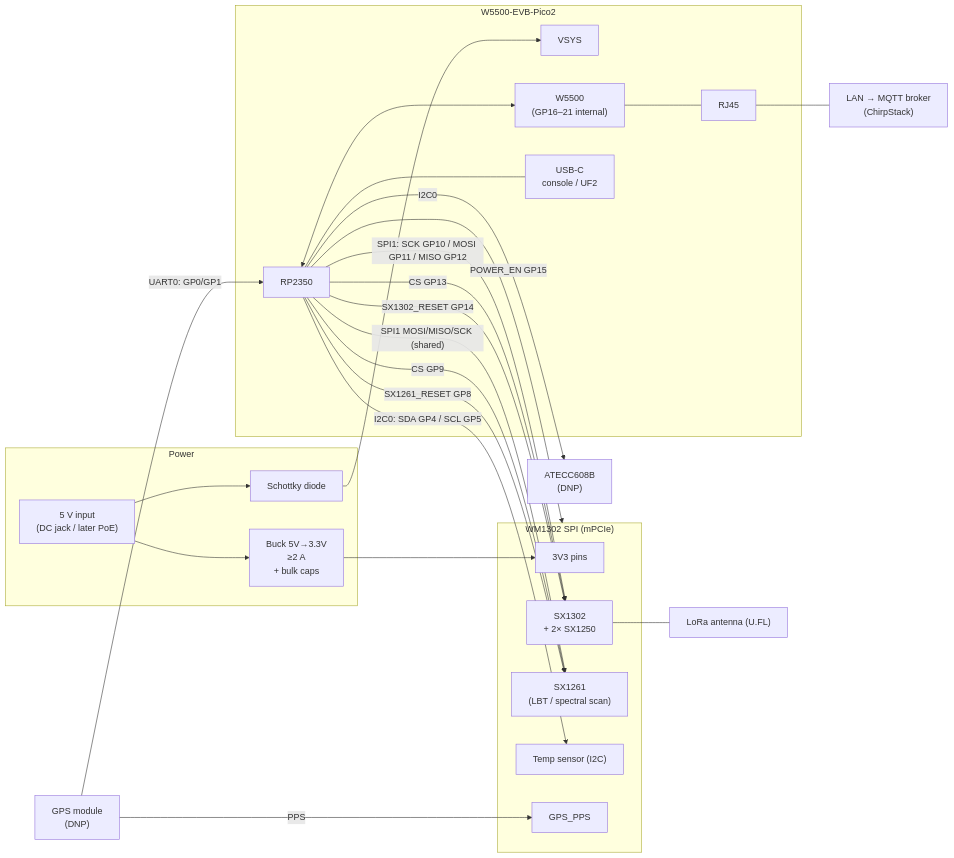
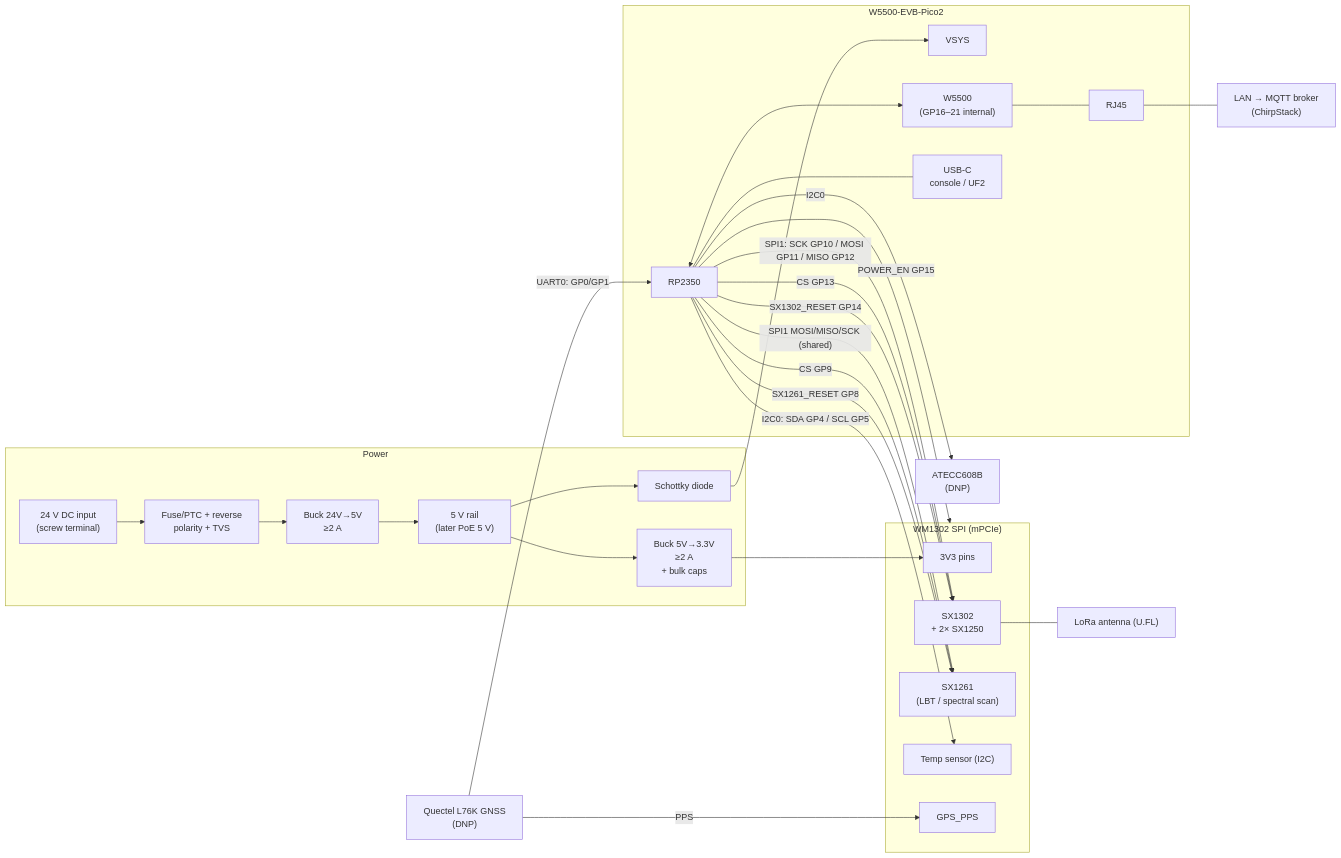
The first of 2 diagrams in sketch.md (Hoernchen20/picocell-gw), drawn with Mermaid before and after one commit. The commit also changed other lines of this file, not shown here.

Commit message:
sketch: add 24 V DC industrial supply and Quectel L76K GNSS

````diff
--- a/sketch.md
+++ b/sketch.md
@@ -43,47 +47,51 @@
 ```mermaid
 flowchart LR
     subgraph PWR["Power"]
-        VIN["5 V input<br/>(DC jack / later PoE)"]
+        VIN["24 V DC input<br/>(screw terminal)"]
+        PROT["Fuse/PTC + reverse<br/>polarity + TVS"]
+        BUCK24["Buck 24V→5V<br/>≥2 A"]
+        V5["5 V rail<br/>(later PoE 5 V)"]
         BUCK["Buck 5V→3.3V<br/>≥2 A<br/>+ bulk caps"]
         D1["Schottky diode"]
     end
 
     subgraph PICO["W5500-EVB-Pico2"]
         VSYS["VSYS"]
         RP["RP2350"]
         W5500["W5500<br/>(GP16–21 internal)"]
         USB["USB-C<br/>console / UF2"]
         RJ45["RJ45"]
     end
 
     subgraph WM["WM1302 SPI (mPCIe)"]
         V33["3V3 pins"]
         SX1302["SX1302<br/>+ 2× SX1250"]
         SX1261["SX1261<br/>(LBT / spectral scan)"]
         TEMP["Temp sensor (I2C)"]
         PPS["GPS_PPS"]
     end
 
     ATECC["ATECC608B<br/>(DNP)"]
-    GPS["GPS module<br/>(DNP)"]
+    GPS["Quectel L76K GNSS<br/>(DNP)"]
     ANT["LoRa antenna (U.FL)"]
     NET["LAN → MQTT broker<br/>(ChirpStack)"]
 
-    VIN --> BUCK --> V33
-    VIN --> D1 --> VSYS
+    VIN --> PROT --> BUCK24 --> V5
+    V5 --> BUCK --> V33
+    V5 --> D1 --> VSYS
 
     RP -- "SPI1: SCK GP10 / MOSI GP11 / MISO GP12" --> SX1302
     RP -- "SPI1 MOSI/MISO/SCK (shared)" --> SX1261
     RP -- "CS GP13" --> SX1302
     RP -- "CS GP9" --> SX1261
     RP -- "SX1302_RESET GP14" --> SX1302
     RP -- "POWER_EN GP15" --> WM
     RP -- "SX1261_RESET GP8" --> SX1261
     RP -- "I2C0: SDA GP4 / SCL GP5" --> TEMP
     RP -- "I2C0" --> ATECC
     GPS -- "PPS" --> PPS
     GPS -- "UART0: GP0/GP1" --> RP
     SX1302 --- ANT
     RP <--> W5500 --- RJ45 --- NET
     RP --- USB
 ```
````
